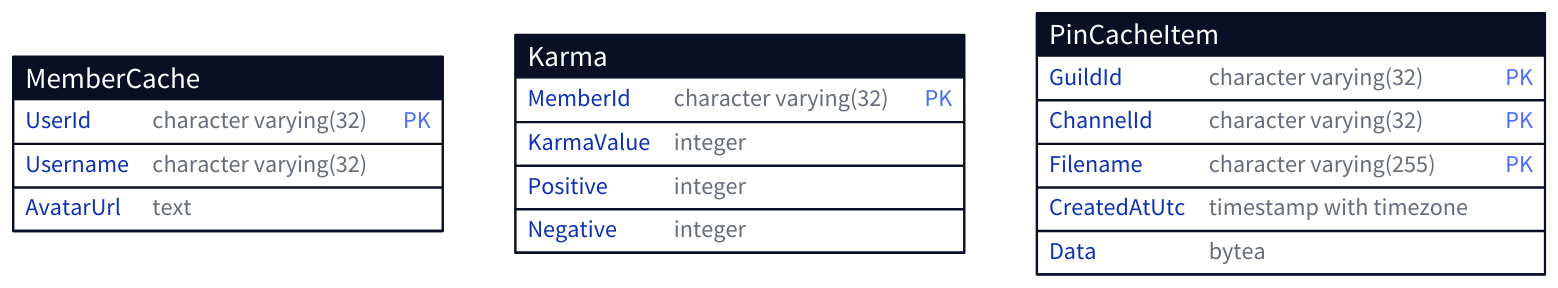
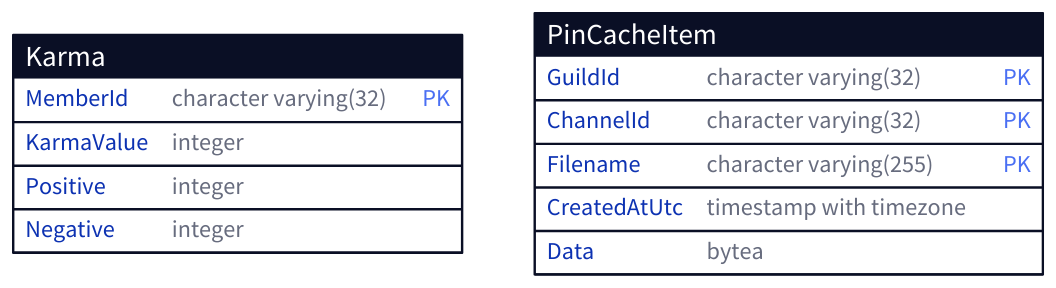
The diagram in data/rubbergod_db.d2 (GrillBot/grillbot-docs), drawn with D2 before and after one commit. The commit also changed 2 other files, not shown here.

```diff
--- a/data/rubbergod_db.d2
+++ b/data/rubbergod_db.d2
@@ -1,26 +1,18 @@
-MemberCache: {
-  shape: sql_table
-
-  UserId: character varying(32) {constraint: primary_key}
-  Username: character varying(32)
-  AvatarUrl: text
-}
-
 Karma: {
   shape: sql_table
 
   MemberId: character varying(32) {constraint: primary_key}
   KarmaValue: integer
   Positive: integer
   Negative: integer
 }
 
 PinCacheItem: {
   shape: sql_table
 
   GuildId: character varying(32) {constraint: primary_key}
   ChannelId: character varying(32) {constraint: primary_key}
   Filename: character varying(255) {constraint: primary_key}
   CreatedAtUtc: timestamp with timezone
   Data: bytea
 }
```
